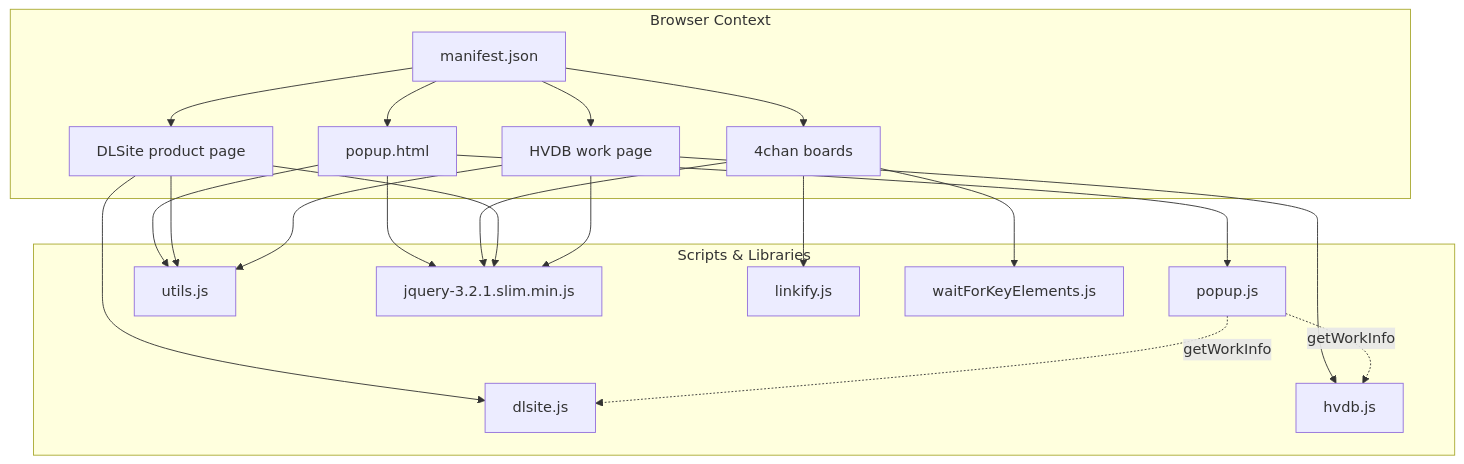
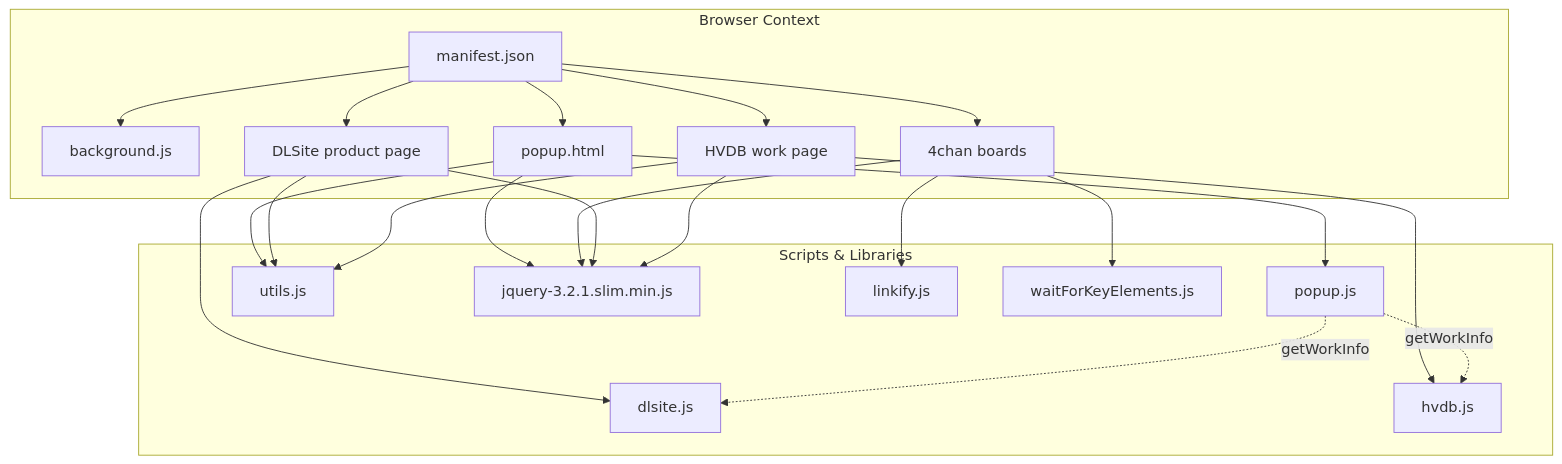
The diagram in AGENTS.md (darkfeline/dlrj), drawn with Mermaid before and after one commit. The commit also changed other lines of this file and 5 other files, not shown here.

````diff
--- a/AGENTS.md
+++ b/AGENTS.md
@@ -27,30 +28,31 @@
 ```mermaid
 graph TD
     subgraph Browser Context
-        M[manifest.json] --> P[popup.html]
+        M[manifest.json] --> BG[background.js]
+        M --> P[popup.html]
         M --> CS1[4chan boards]
         M --> CS2[DLSite product page]
         M --> CS3[HVDB work page]
     end
 
     subgraph Scripts & Libraries
         P --> popup[popup.js]
         P --> utils[utils.js]
         P --> jq[jquery-3.2.1.slim.min.js]
 
         CS1 --> linkify[linkify.js]
         CS1 --> wait[waitForKeyElements.js]
         CS1 --> jq
         
         CS2 --> dlsite[dlsite.js]
         CS2 --> utils
         CS2 --> jq
         
         CS3 --> hvdb[hvdb.js]
         CS3 --> utils
         CS3 --> jq
 
         popup -. getWorkInfo .-> dlsite
         popup -. getWorkInfo .-> hvdb
     end
 ```
````
